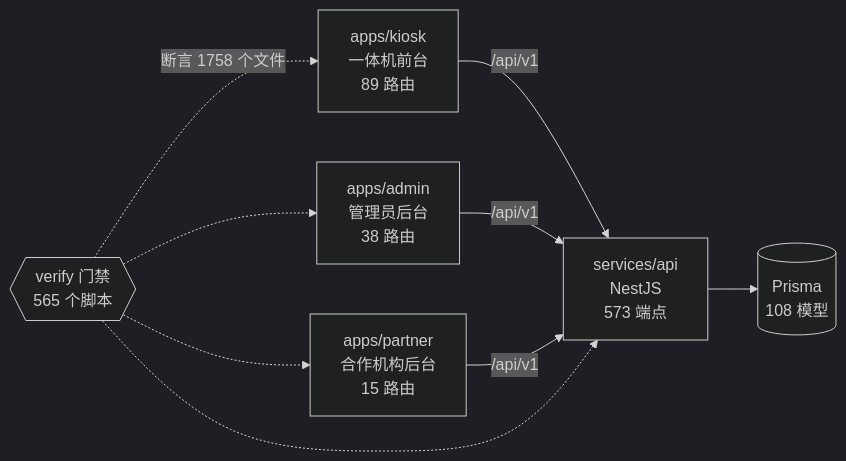
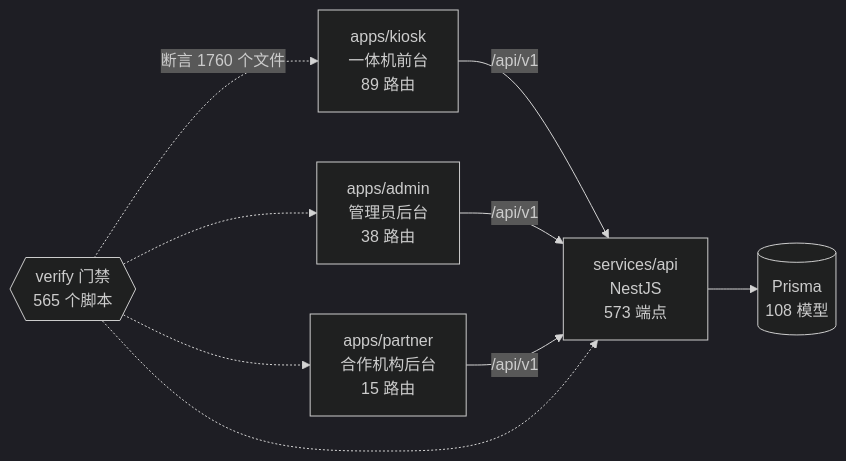
One commit to wanglei581/YITIJI changed the diagram in docs/graph/README.md. Above: the diagram before and after it, drawn with Mermaid (dark theme). The commit also changed other lines of this file and 1 other file, not shown here.

Commit message:
chore(graph): 第六批合入后重生图谱

````diff
--- a/docs/graph/README.md
+++ b/docs/graph/README.md
@@ -68,18 +68,18 @@
 ```mermaid
 flowchart LR
   kiosk["apps/kiosk<br/>一体机前台<br/>89 路由"]
   admin["apps/admin<br/>管理员后台<br/>38 路由"]
   partner["apps/partner<br/>合作机构后台<br/>15 路由"]
   api["services/api<br/>NestJS<br/>573 端点"]
   db[("Prisma<br/>108 模型")]
   gates{{"verify 门禁<br/>565 个脚本"}}
 
   kiosk -->|"/api/v1"| api
   admin -->|"/api/v1"| api
   partner -->|"/api/v1"| api
   api --> db
-  gates -.->|"断言 1758 个文件"| kiosk
+  gates -.->|"断言 1760 个文件"| kiosk
   gates -.-> admin
   gates -.-> partner
   gates -.-> api
 ```
````
